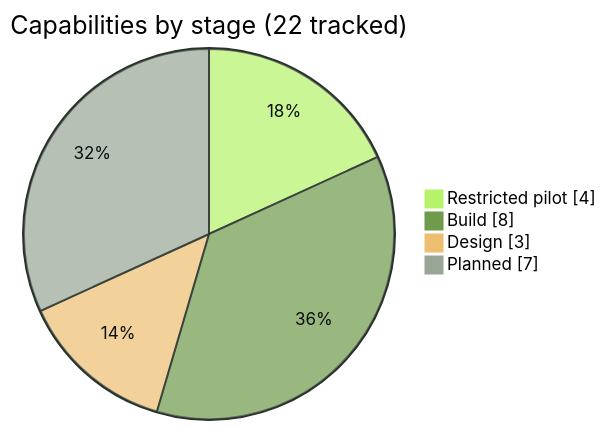
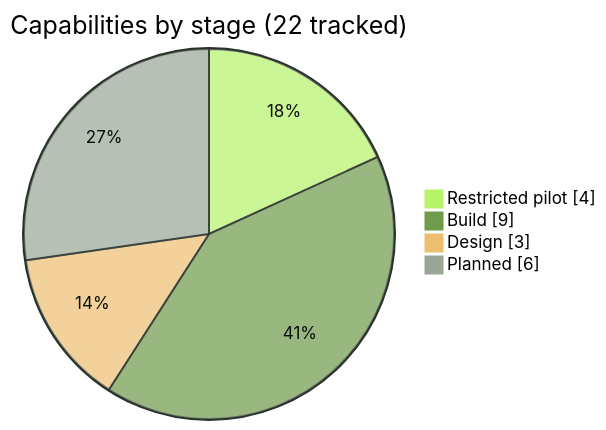
Before and after one commit to pboachie/zrotext: the first of 4 diagrams in docs/ROADMAP.md, drawn with Mermaid. The commit also changed other lines of this file and 14 other files, not shown here.

Commit message:
Restore contacts migration sequence and implemented API roadmap

````diff
--- a/docs/ROADMAP.md
+++ b/docs/ROADMAP.md
@@ -42,9 +42,9 @@
 ```mermaid
 %%{init: {"themeVariables": {"pie1": "#b6f36a", "pie2": "#6f9b4b", "pie3": "#edbe70", "pie4": "#99a696", "pieSectionTextColor": "#0b0f0c", "pieStrokeColor": "#29332a", "pieOuterStrokeColor": "#29332a"}}}%%
 pie showData
     title Capabilities by stage (22 tracked)
     "Restricted pilot" : 4
-    "Build" : 8
+    "Build" : 9
     "Design" : 3
-    "Planned" : 7
+    "Planned" : 6
 ```
````
